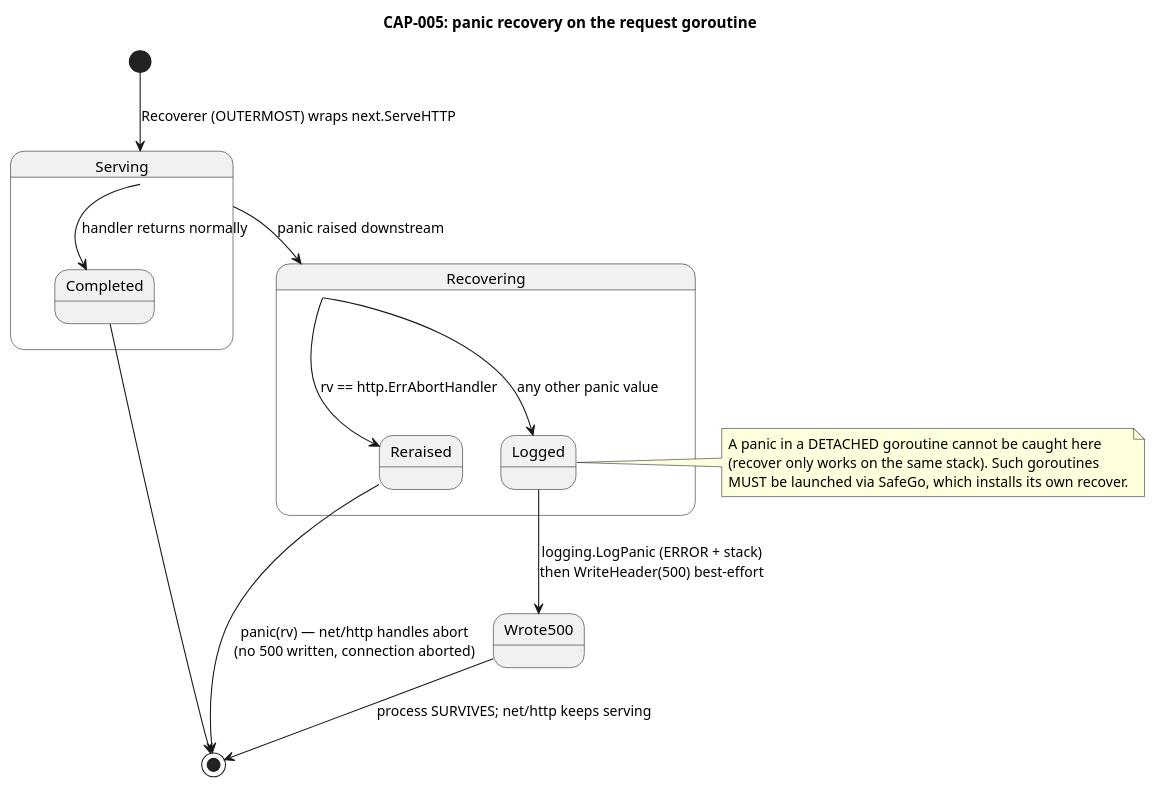
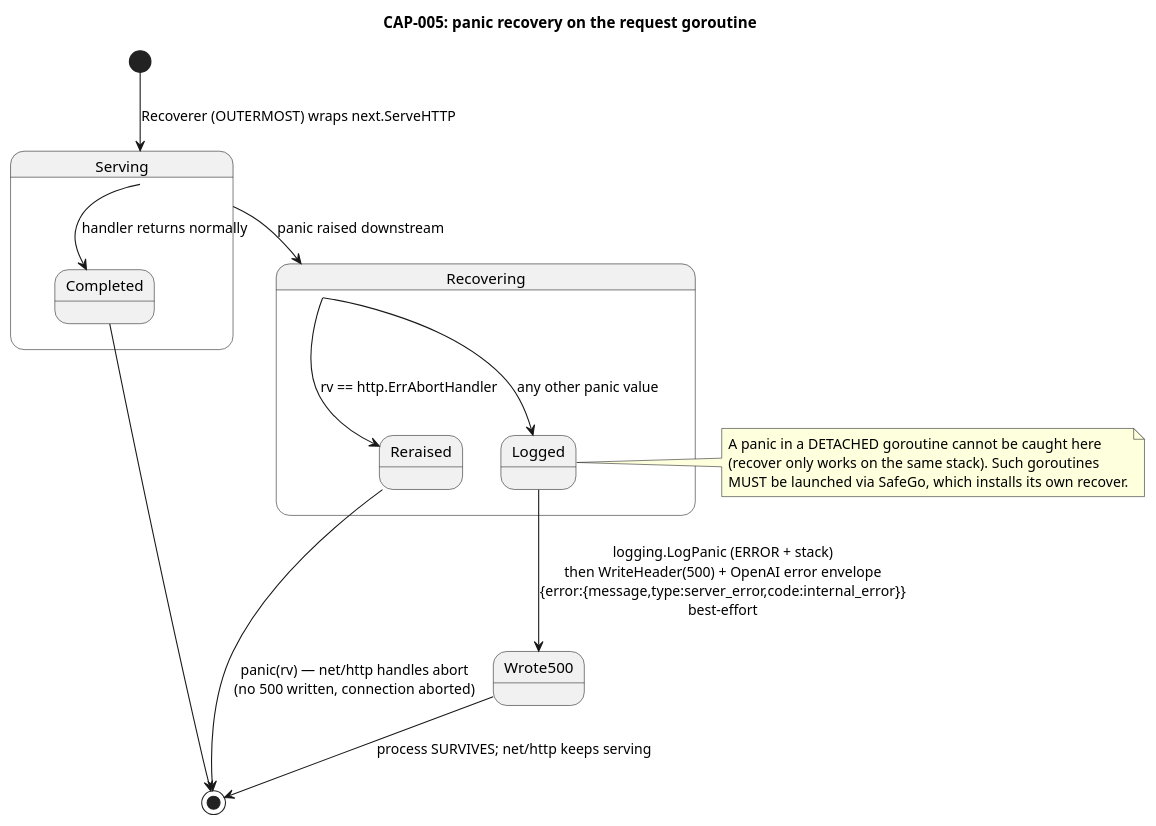
One commit to Adverax/sluice changed the diagram in docs/how-it-works/01-surface-api/proxy/diagrams/02-runtime-lifecycle-02.puml. Above: the diagram before and after it, drawn with PlantUML. The commit also changed 7 other files, not shown here.

```diff
--- a/docs/how-it-works/01-surface-api/proxy/diagrams/02-runtime-lifecycle-02.puml
+++ b/docs/how-it-works/01-surface-api/proxy/diagrams/02-runtime-lifecycle-02.puml
@@ -1,34 +1,34 @@
 @startuml
 ' ============================================================================
 ' sluice - Proxy (CTX-001) / CAP-005 Runtime lifecycle
 ' Panic recovery state for a single request goroutine.
 ' Derived from real code: internal/middleware/recover.go (Recoverer, SafeGo).
 ' ============================================================================
 title "CAP-005: panic recovery on the request goroutine"
 
 [*] --> Serving : Recoverer (OUTERMOST) wraps next.ServeHTTP
 
 state Serving {
   Serving --> Completed : handler returns normally
 }
 
 Serving --> Recovering : panic raised downstream
 
 state Recovering {
   Recovering --> Reraised : rv == http.ErrAbortHandler
   Recovering --> Logged   : any other panic value
 }
 
 Reraised --> [*] : panic(rv) — net/http handles abort\n(no 500 written, connection aborted)
 
-Logged --> Wrote500 : logging.LogPanic (ERROR + stack)\nthen WriteHeader(500) best-effort
+Logged --> Wrote500 : logging.LogPanic (ERROR + stack)\nthen WriteHeader(500) + OpenAI error envelope\n{error:{message,type:server_error,code:internal_error}}\nbest-effort
 Wrote500 --> [*] : process SURVIVES; net/http keeps serving
 
 Completed --> [*]
 
 note right of Logged
 A panic in a DETACHED goroutine cannot be caught here
 (recover only works on the same stack). Such goroutines
 MUST be launched via SafeGo, which installs its own recover.
 end note
 @enduml
```
